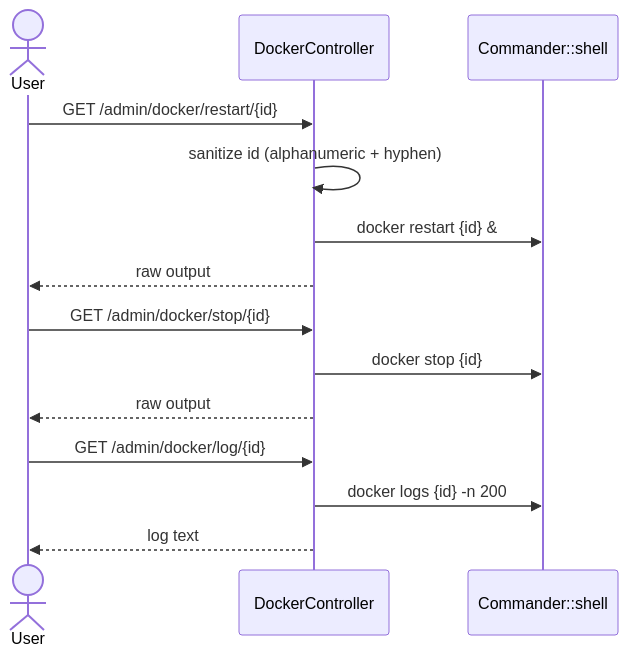
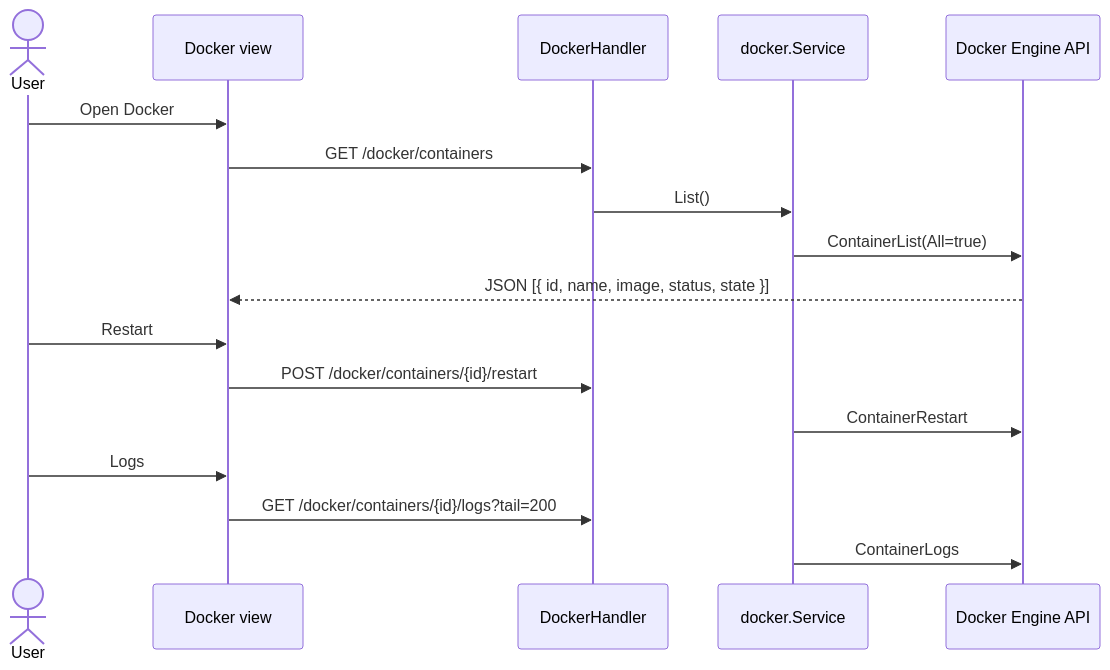
The diagram in docs/sequences/10-docker.md (jahrulnr/GoSite), drawn with Mermaid before and after one commit. The commit also changed other lines of this file and 107 other files, not shown here.

````diff
--- a/docs/sequences/10-docker.md
+++ b/docs/sequences/10-docker.md
@@ -26,19 +9,22 @@
 ```mermaid
 sequenceDiagram
     actor User
-    participant DC as DockerController
-    participant Cmd as Commander::shell
+    participant UI as Docker view
+    participant H as DockerHandler
+    participant Svc as docker.Service
+    participant API as Docker Engine API
 
-    User->>DC: GET /admin/docker/restart/{id}
-    DC->>DC: sanitize id (alphanumeric + hyphen)
-    DC->>Cmd: docker restart {id} &
-    DC-->>User: raw output
+    User->>UI: Open Docker
+    UI->>H: GET /docker/containers
+    H->>Svc: List()
+    Svc->>API: ContainerList(All=true)
+    API-->>UI: JSON [{ id, name, image, status, state }]
 
-    User->>DC: GET /admin/docker/stop/{id}
-    DC->>Cmd: docker stop {id}
-    DC-->>User: raw output
+    User->>UI: Restart
+    UI->>H: POST /docker/containers/{id}/restart
+    Svc->>API: ContainerRestart
 
-    User->>DC: GET /admin/docker/log/{id}
-    DC->>Cmd: docker logs {id} -n 200
-    DC-->>User: log text
+    User->>UI: Logs
+    UI->>H: GET /docker/containers/{id}/logs?tail=200
+    Svc->>API: ContainerLogs
 ```
````
